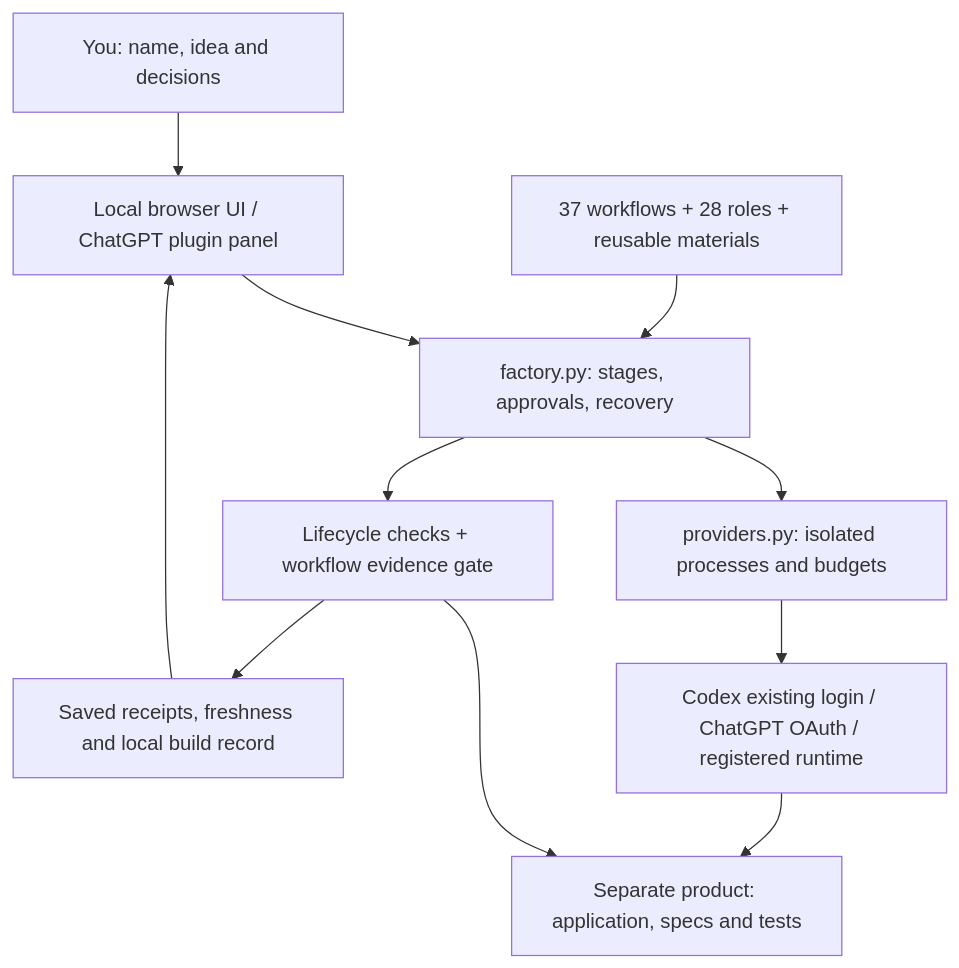
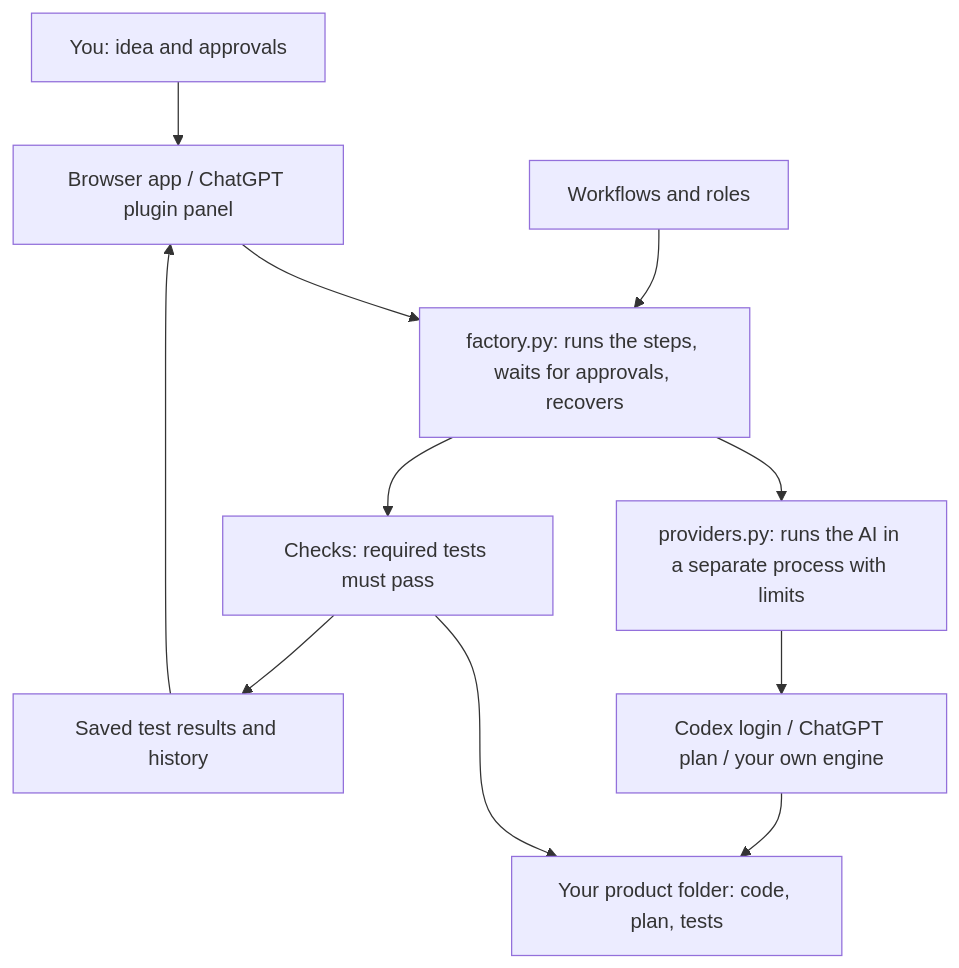
The diagram in README.md (dabhiram13/foundry), drawn with Mermaid before and after one commit. The commit also changed other lines of this file and 12 other files, not shown here.

````diff
--- a/README.md
+++ b/README.md
@@ -62,13 +50,13 @@
 ```mermaid
 flowchart TB
-    O["You: name, idea and decisions"] --> U["Local browser UI / ChatGPT plugin panel"]
-    U --> F["factory.py: stages, approvals, recovery"]
-    M["37 workflows + 28 roles + reusable materials"] --> F
-    F --> P["providers.py: isolated processes and budgets"]
-    P --> C["Codex existing login / ChatGPT OAuth / registered runtime"]
-    C --> A["Separate product: application, specs and tests"]
-    F --> V["Lifecycle checks + workflow evidence gate"]
+    O["You: idea and approvals"] --> U["Browser app / ChatGPT plugin panel"]
+    U --> F["factory.py: runs the steps, waits for approvals, recovers"]
+    M["Workflows and roles"] --> F
+    F --> P["providers.py: runs the AI in a separate process with limits"]
+    P --> C["Codex login / ChatGPT plan / your own engine"]
+    C --> A["Your product folder: code, plan, tests"]
+    F --> V["Checks: required tests must pass"]
     V --> A
-    V --> E["Saved receipts, freshness and local build record"]
+    V --> E["Saved test results and history"]
     E --> U
 ```
````
